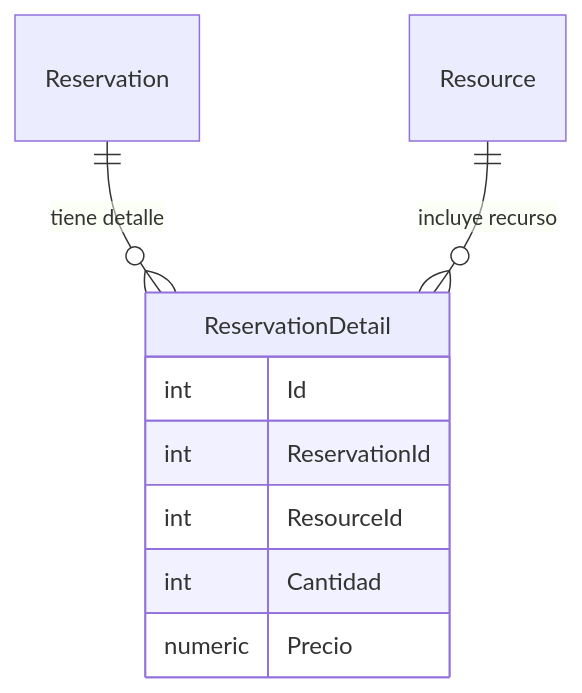
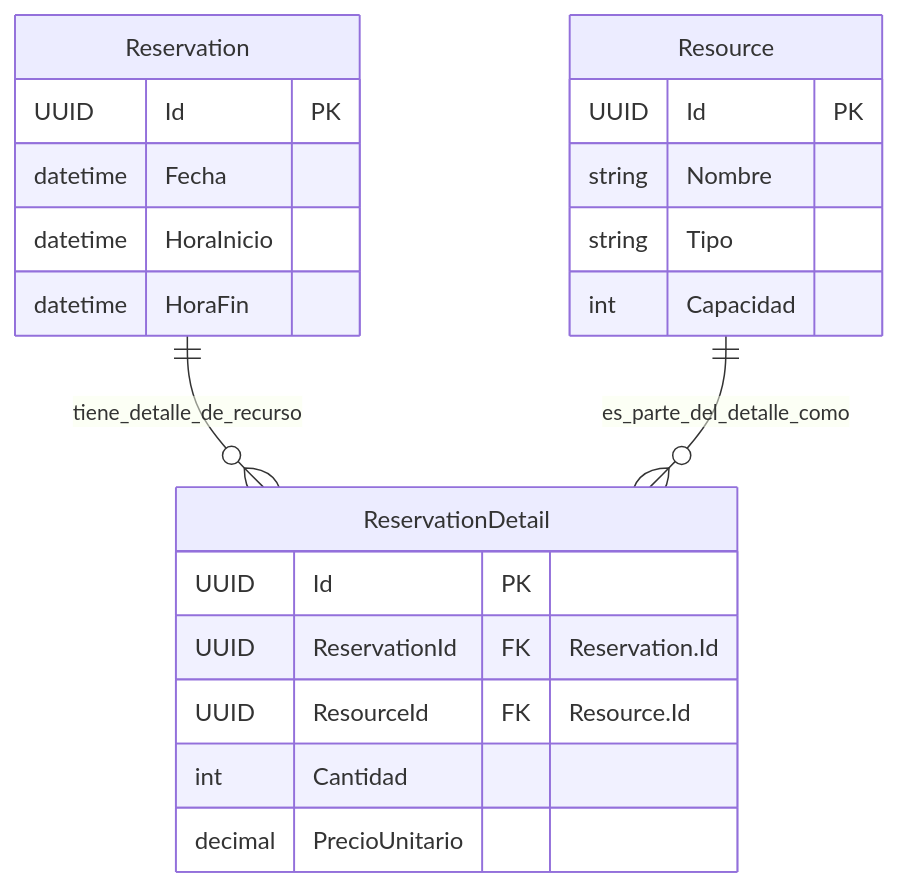
The diagram in docs/backend/models-domain/reservationDetail.md (jose-angell/EventResourceReservationAppDocs), drawn with Mermaid before and after one commit. The commit also changed other lines of this file and 2 other files, not shown here.

Commit message:
fix: entidad reservaton, detail, resource

````diff
--- a/docs/backend/models-domain/reservationDetail.md
+++ b/docs/backend/models-domain/reservationDetail.md
@@ -15,13 +33,27 @@
 ``` mermaid
 erDiagram
-    ReservationDetail {
-        int Id
-        int ReservationId
-        int ResourceId
-        int Cantidad
-        numeric Precio
+    Reservation {
+        UUID Id PK
+        datetime Fecha
+        datetime HoraInicio
+        datetime HoraFin
+    }
+    
+    Resource {
+        UUID Id PK
+        string Nombre
+        string Tipo
+        int Capacidad
     }
 
-    Reservation ||--o{ ReservationDetail : "tiene detalle"
-    Resource ||--o{ ReservationDetail : "incluye recurso"
+    ReservationDetail {
+        UUID Id PK
+        UUID ReservationId FK "Reservation.Id"
+        UUID ResourceId FK "Resource.Id"
+        int Cantidad
+        decimal PrecioUnitario
+    }
+    
+    Reservation ||--o{ ReservationDetail : "tiene_detalle_de_recurso"
+    Resource ||--o{ ReservationDetail : "es_parte_del_detalle_como"
 ```
````
